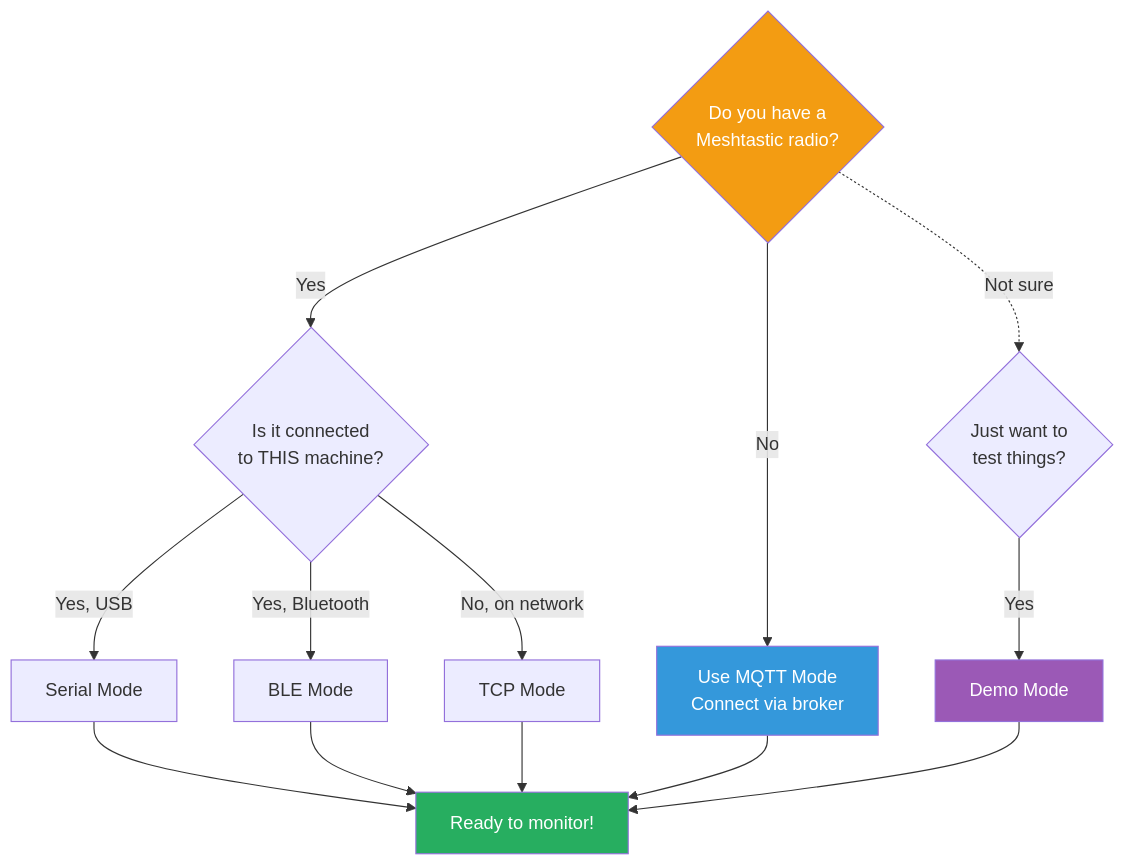
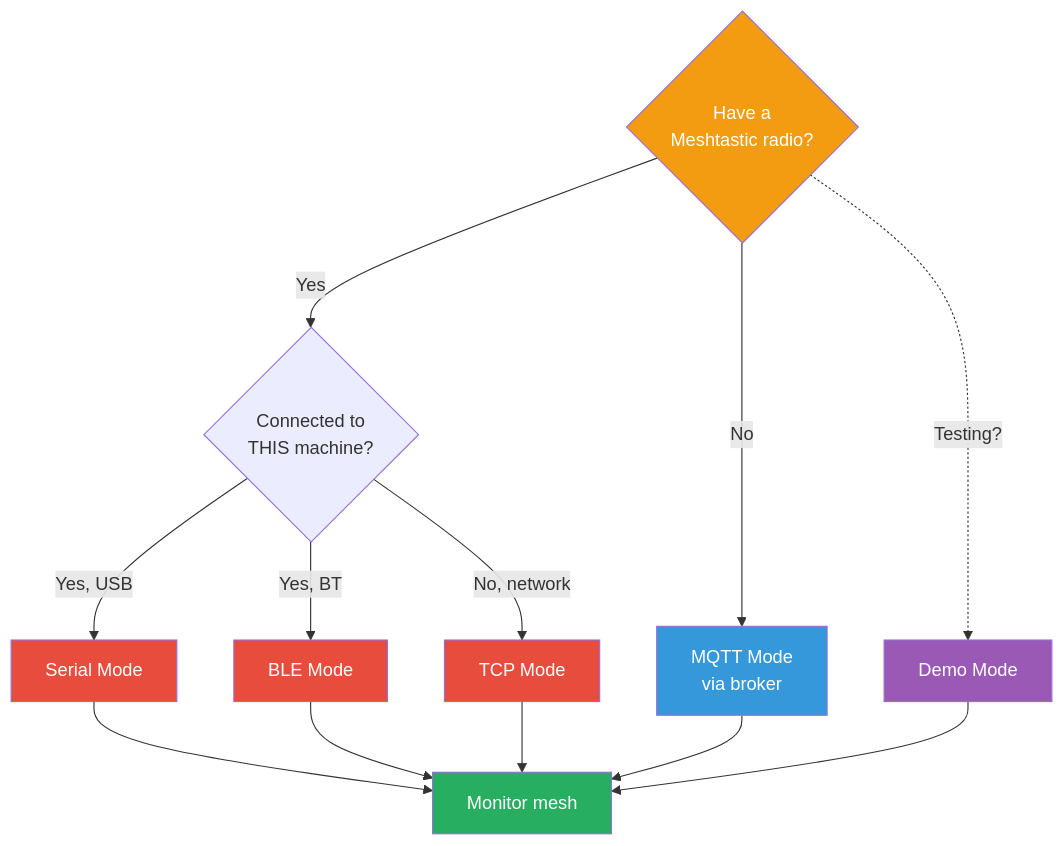
One commit to Nursedude/meshing_around_meshforge changed the third of 4 diagrams in README.md. Above: the diagram before and after it, drawn with Mermaid. The commit also changed other lines of this file and 9 other files, not shown here.

````diff
--- a/README.md
+++ b/README.md
@@ -119,26 +152,27 @@
 ```mermaid
 flowchart TD
-    START{Do you have a<br/>Meshtastic radio?}
+    START{Have a<br/>Meshtastic radio?}
 
-    START -->|Yes| LOCAL{Is it connected<br/>to THIS machine?}
-    START -->|No| MQTT_MODE[Use MQTT Mode<br/>Connect via broker]
+    START -->|Yes| LOCAL{Connected to<br/>THIS machine?}
+    START -->|No| MQTT[MQTT Mode<br/>via broker]
 
     LOCAL -->|Yes, USB| SERIAL[Serial Mode]
-    LOCAL -->|Yes, Bluetooth| BLE[BLE Mode]
-    LOCAL -->|No, on network| TCP[TCP Mode]
+    LOCAL -->|Yes, BT| BLE[BLE Mode]
+    LOCAL -->|No, network| TCP[TCP Mode]
 
-    SERIAL --> READY[Ready to monitor!]
+    SERIAL --> READY[Monitor mesh]
     BLE --> READY
     TCP --> READY
-    MQTT_MODE --> READY
+    MQTT --> READY
 
-    TEST{Just want to<br/>test things?}
-    START -.->|"Not sure"| TEST
-    TEST -->|Yes| DEMO[Demo Mode]
+    START -.->|Testing?| DEMO[Demo Mode]
     DEMO --> READY
 
     style START fill:#f39c12,color:#fff
     style READY fill:#27ae60,color:#fff
-    style MQTT_MODE fill:#3498db,color:#fff
+    style MQTT fill:#3498db,color:#fff
     style DEMO fill:#9b59b6,color:#fff
+    style SERIAL fill:#e74c3c,color:#fff
+    style BLE fill:#e74c3c,color:#fff
+    style TCP fill:#e74c3c,color:#fff
 ```
````
